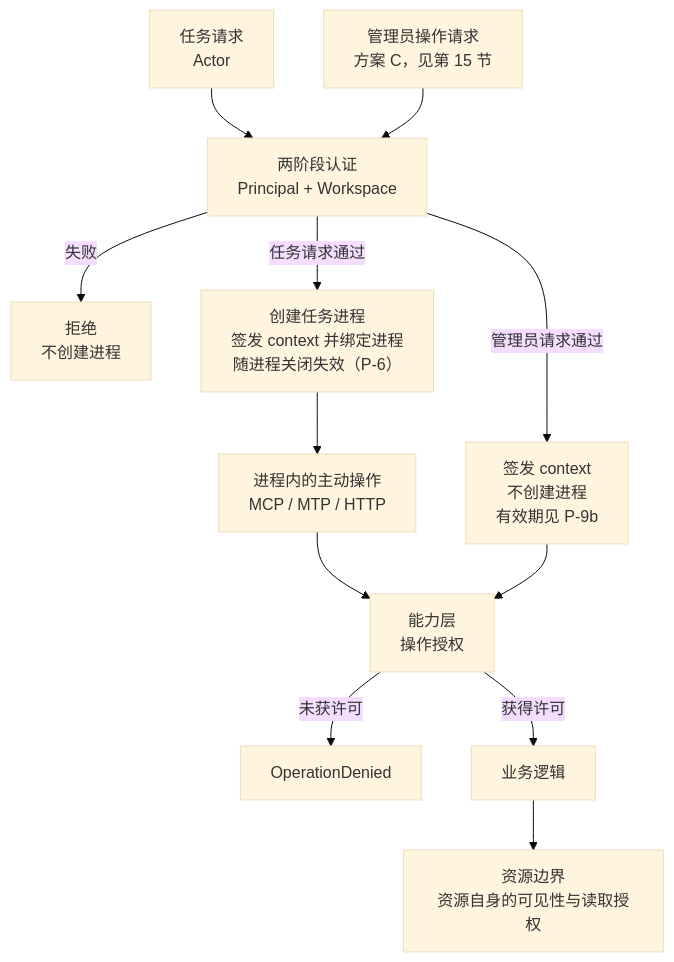
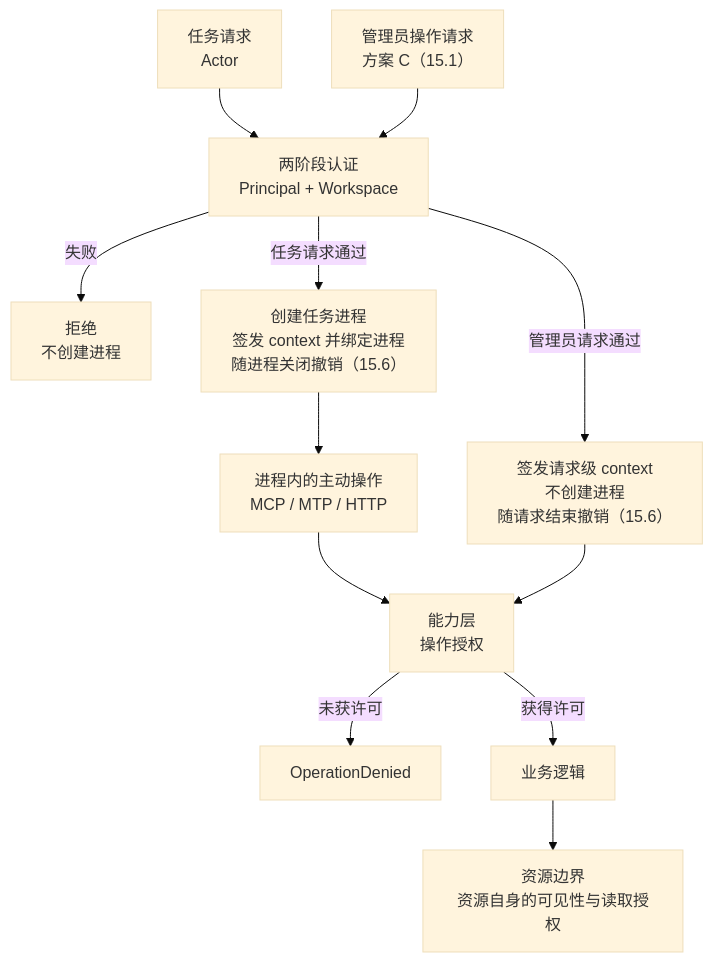
The fourth of 5 diagrams in docs/ideas/workspace-network-task-process-architecture.md (artemis03976/HiveMemory), drawn with Mermaid (base theme) before and after one commit. The commit also changed other lines of this file and 131 other files, not shown here.

````diff
--- a/docs/ideas/workspace-network-task-process-architecture.md
+++ b/docs/ideas/workspace-network-task-process-architecture.md
@@ -629,14 +724,14 @@
 ```mermaid
 flowchart TB
     TR["任务请求<br/>Actor"] --> AUTH["两阶段认证<br/>Principal + Workspace"]
-    AR["管理员操作请求<br/>方案 C，见第 15 节"] --> AUTH
+    AR["管理员操作请求<br/>方案 C（15.1）"] --> AUTH
     AUTH -- "失败" --> DENY["拒绝<br/>不创建进程"]
-    AUTH -- "任务请求通过" --> PROC["创建任务进程<br/>签发 context 并绑定进程<br/>随进程关闭失效（P-6）"]
-    AUTH -- "管理员请求通过" --> DCTX["签发 context<br/>不创建进程<br/>有效期见 P-9b"]
+    AUTH -- "任务请求通过" --> PROC["创建任务进程<br/>签发 context 并绑定进程<br/>随进程关闭撤销（15.6）"]
+    AUTH -- "管理员请求通过" --> DCTX["签发请求级 context<br/>不创建进程<br/>随请求结束撤销（15.6）"]
     PROC --> OPS["进程内的主动操作<br/>MCP / MTP / HTTP"]
     OPS --> CAP["能力层<br/>操作授权"]
     DCTX --> CAP
     CAP -- "未获许可" --> ODENY["OperationDenied"]
     CAP -- "获得许可" --> BIZ["业务逻辑"]
     BIZ --> RES["资源边界<br/>资源自身的可见性与读取授权"]
 ```
````
